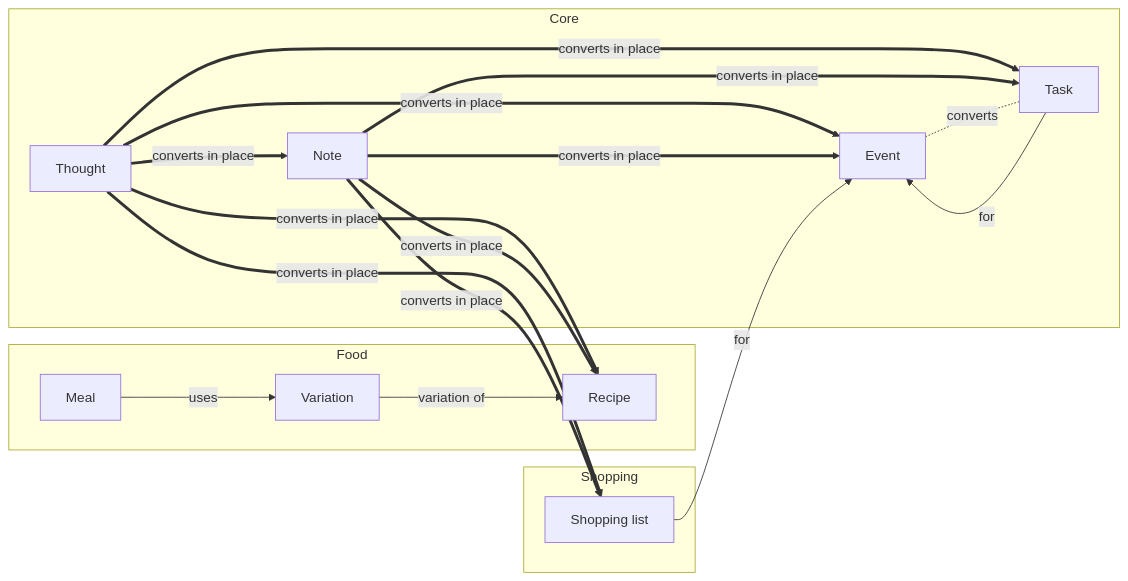
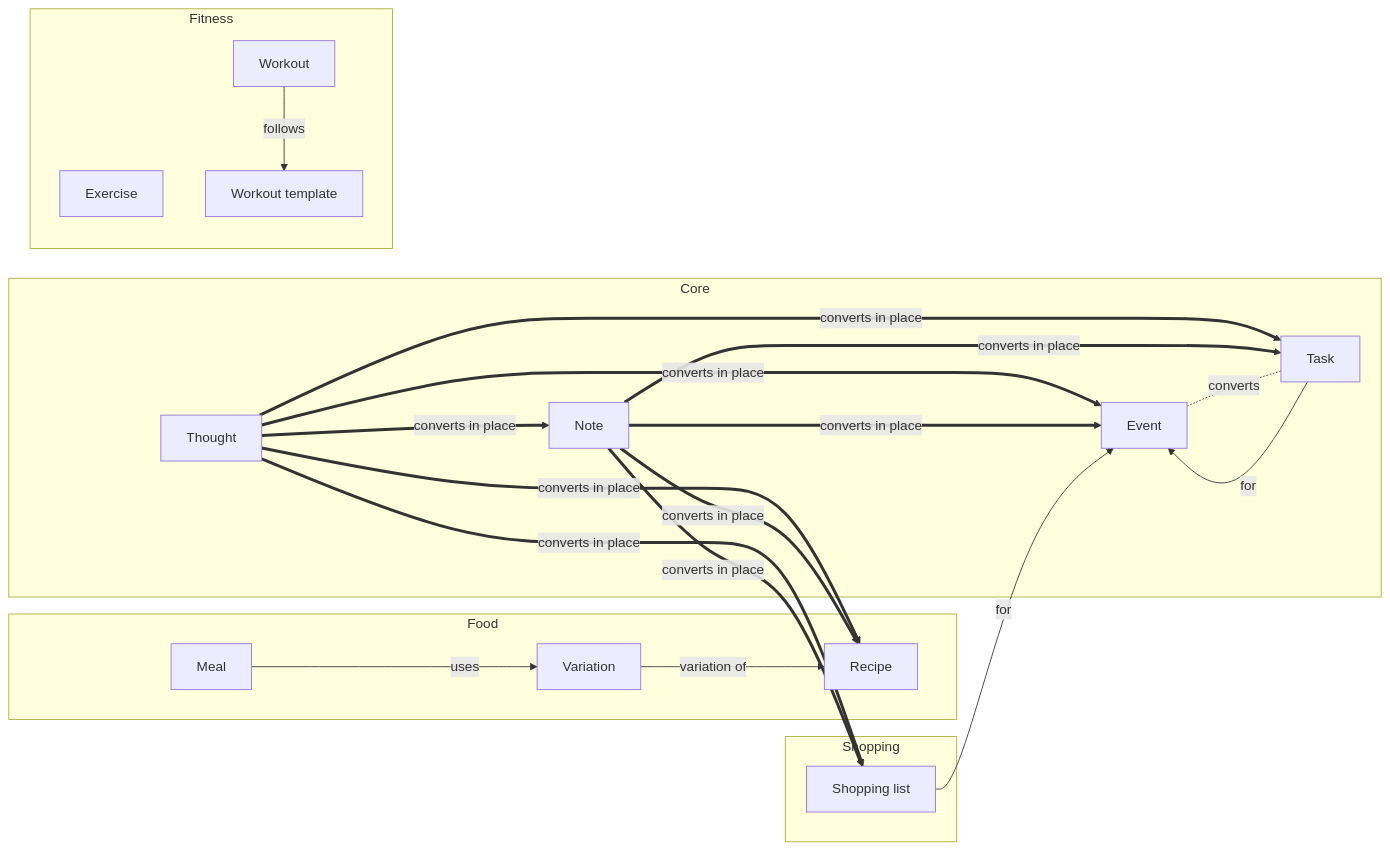
The first of 3 diagrams in docs/20-architecture/data-model.md (joestables/lifeos), drawn with Mermaid before and after one commit. The commit also changed other lines of this file and 145 other files, not shown here.

First line of the commit message:
The Gym: schema, calculations, settings, exercise library, templates, workouts, recovery and progression (#56)

````diff
--- a/docs/20-architecture/data-model.md
+++ b/docs/20-architecture/data-model.md
@@ -338,33 +339,39 @@
 ```mermaid
 flowchart LR
   subgraph CORE[Core]
     Thought[Thought]
     Note[Note]
     Task[Task]
     Event[Event]
   end
   subgraph FOOD[Food]
     Recipe[Recipe]
     Variation[Variation]
     Meal[Meal]
   end
   subgraph SHOPPING[Shopping]
     Shopping_list[Shopping list]
+  end
+  subgraph FITNESS[Fitness]
+    Exercise[Exercise]
+    Workout_template[Workout template]
+    Workout[Workout]
   end
 
   Thought == converts in place ==> Event
   Thought == converts in place ==> Note
   Thought == converts in place ==> Recipe
   Thought == converts in place ==> Shopping_list
   Thought == converts in place ==> Task
   Note == converts in place ==> Event
   Note == converts in place ==> Recipe
   Note == converts in place ==> Shopping_list
   Note == converts in place ==> Task
   Event -. converts .- Task
 
   Task -- for --> Event
   Shopping_list -- for --> Event
   Meal -- uses --> Variation
   Variation -- variation of --> Recipe
+  Workout -- follows --> Workout_template
 ```
````
